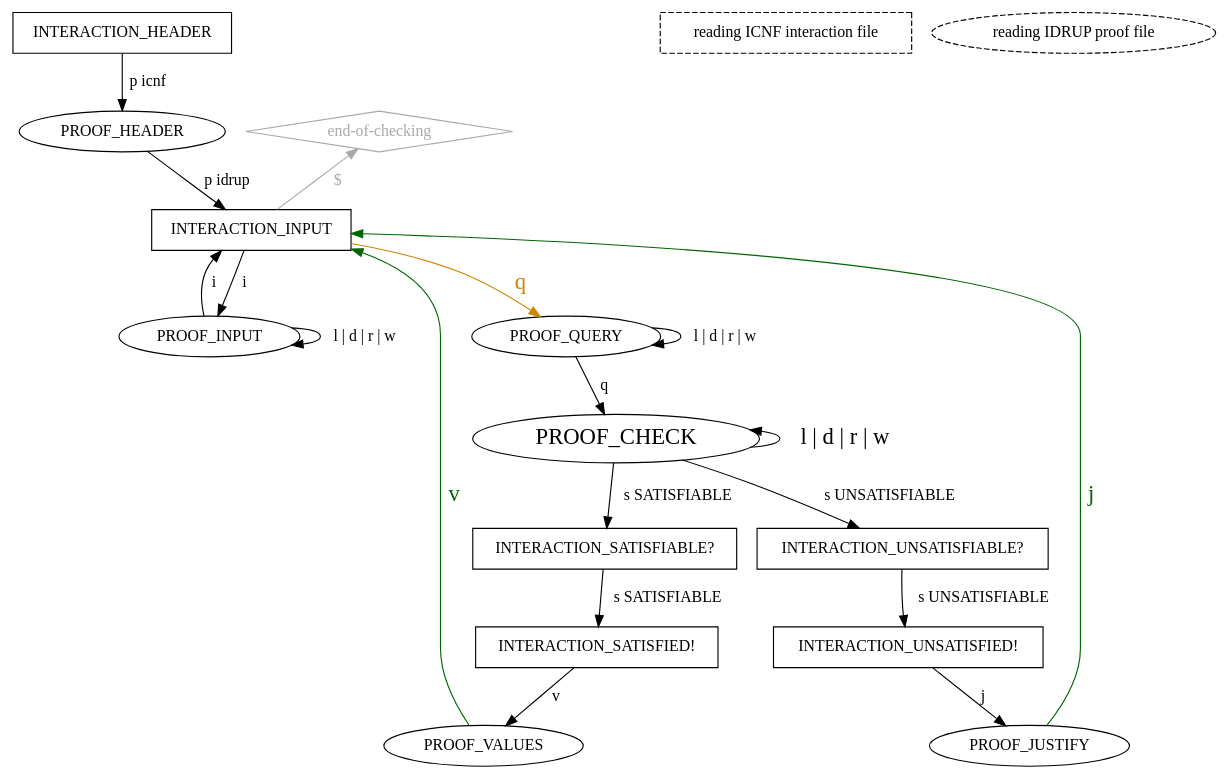
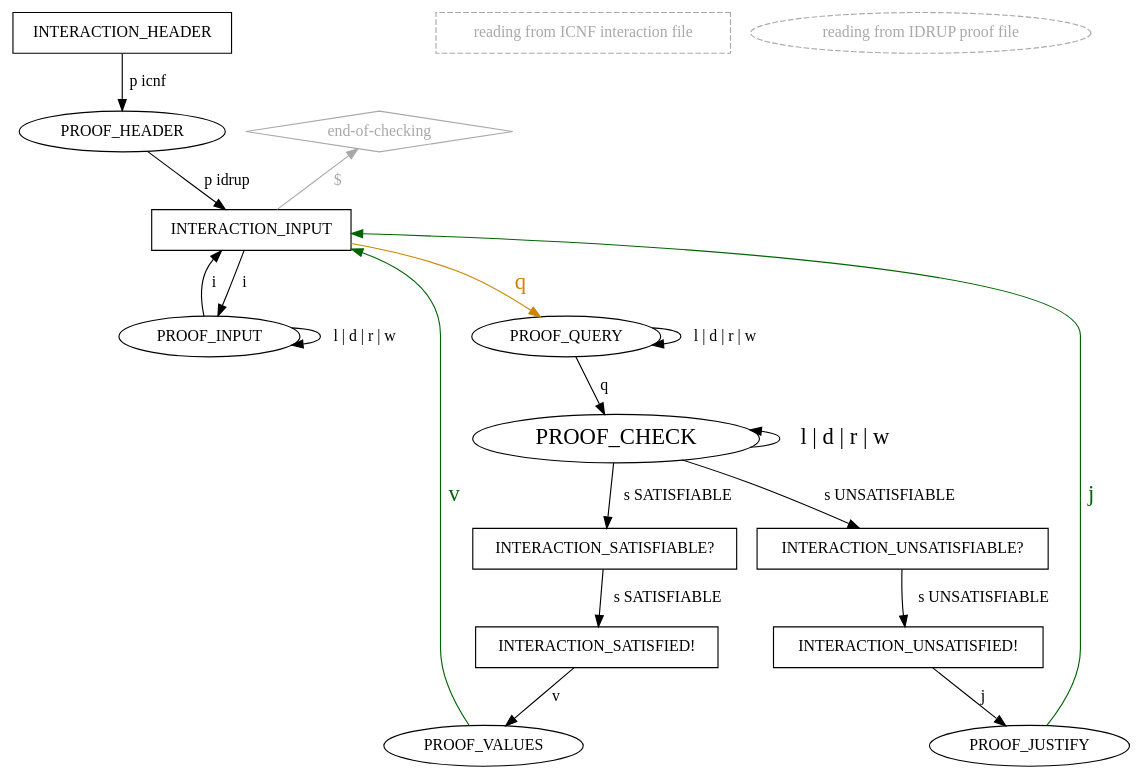
Before and after one commit to arminbiere/lidrup-check: the diagram in idrup-check-pedantic-clear.dot, drawn with Graphviz.

```diff
--- a/idrup-check-pedantic-clear.dot
+++ b/idrup-check-pedantic-clear.dot
@@ -1,45 +1,47 @@
 digraph "idrup-check" {
 
   INTERACTION_HEADER [shape=box];
   INTERACTION_HEADER -> PROOF_HEADER [label=" p icnf",weight=2];
 
-  empty_legend1 [style=invis]
-  empty_legend2 [style=invis]
-  icnf_legend [shape=box,style=dashed,label="reading ICNF interaction file"]
-  idrup_legend [style=dashed,label="reading IDRUP proof file"]
+  empty_legend1 [label="                     ",style=invis]
+  icnf_legend
+  [shape=box,color=darkgray,fontcolor=darkgray,style=dashed,label="reading from ICNF interaction file"]
+  //empty_legend2 [label="      ",style=invis]
+  idrup_legend
+  [style=dashed,color=darkgray,fontcolor=darkgray,label="reading from IDRUP proof file"]
 
   "end-of-checking" [shape=diamond,color=darkgray,fontcolor=darkgray];
    "end-of-checking" -> INTERACTION_INPUT [label="  $    ",dir=back,fontcolor=darkgray,color=darkgray];
 
   PROOF_HEADER -> INTERACTION_INPUT [label=" p idrup"]
 
   INTERACTION_INPUT [shape=box];
   INTERACTION_INPUT -> PROOF_INPUT [label=" i ",weight=2];
   INTERACTION_INPUT -> PROOF_QUERY [label=" q ",weight=2,color=orange3,fontsize=20,fontcolor=orange3];
 
   PROOF_INPUT -> INTERACTION_INPUT [label=" i ",weight=3];
   PROOF_INPUT -> PROOF_INPUT [label=" l | d | r | w"];
 
   PROOF_QUERY -> PROOF_CHECK [label=" q "];
   PROOF_QUERY -> PROOF_QUERY [label=" l | d | r | w"];
 
   PROOF_CHECK [fontsize=20];
   PROOF_CHECK -> PROOF_CHECK [label=" l | d | r | w ",dir=back,fontsize=20];
   PROOF_CHECK -> INTERACTION_SATISFIABLE [label=" s SATISFIABLE "];
   PROOF_CHECK -> INTERACTION_UNSATISFIABLE [label=" s UNSATISFIABLE "];
 
   INTERACTION_UNSATISFIABLE [shape="box",label="INTERACTION_UNSATISFIABLE?"];
   INTERACTION_UNSATISFIABLE -> INTERACTION_UNSATISFIED [label=" s UNSATISFIABLE "];
 
   INTERACTION_SATISFIABLE [shape="box",label="INTERACTION_SATISFIABLE?"];
   INTERACTION_SATISFIABLE -> INTERACTION_SATISFIED [label=" s SATISFIABLE "];
 
   INTERACTION_SATISFIED [shape=box,label="INTERACTION_SATISFIED!"];
   INTERACTION_SATISFIED -> PROOF_VALUES [label=" v "];
 
   INTERACTION_UNSATISFIED [shape=box,label="INTERACTION_UNSATISFIED!"];
   INTERACTION_UNSATISFIED -> PROOF_JUSTIFY [label=" j "];
 
   PROOF_VALUES -> INTERACTION_INPUT [label=" v ",color=darkgreen,fontsize=20,fontcolor=darkgreen];
   PROOF_JUSTIFY -> INTERACTION_INPUT [label=" j ",color=darkgreen,fontsize=20,fontcolor=darkgreen];
 }
```
